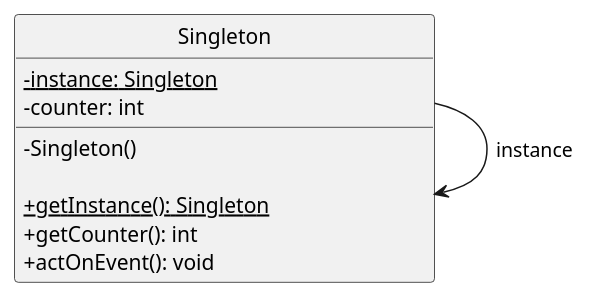
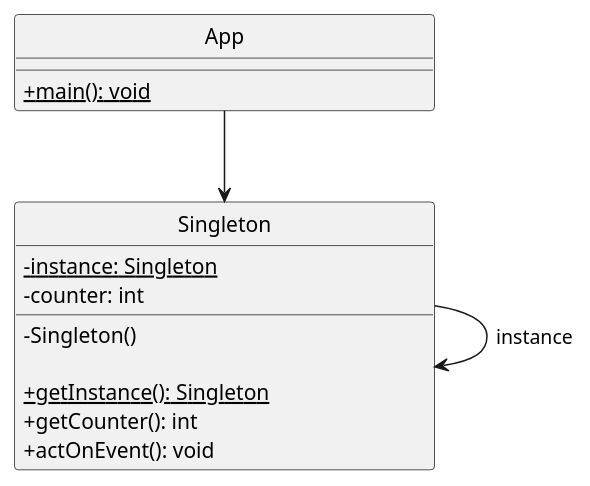
The diagram in com/cc/java/singleton/_singleton.puml (03-ComCave-FUEM-I/02_Design_Patterns), drawn with PlantUML before and after one commit.

Commit message:
Singleton / KD

```diff
--- a/com/cc/java/singleton/_singleton.puml
+++ b/com/cc/java/singleton/_singleton.puml
@@ -1,24 +1,28 @@
 @startuml singleton
 
 skinparam {
     classAttributeIconSize 0
     style strictuml
     minClassWidth 280
 }
-
 
 class Singleton {
 
     - {static} instance: Singleton
     - counter: int
 
     - Singleton()
 
     + {static} getInstance(): Singleton
     + getCounter(): int
     + actOnEvent(): void
 }
 
+class App{
+    + {static} main(): void
+}
+
 ' Selbstassoziation (hält Referenz auf eignene Instanz)
 Singleton --> Singleton : instance
+App --> Singleton
 @enduml
```
